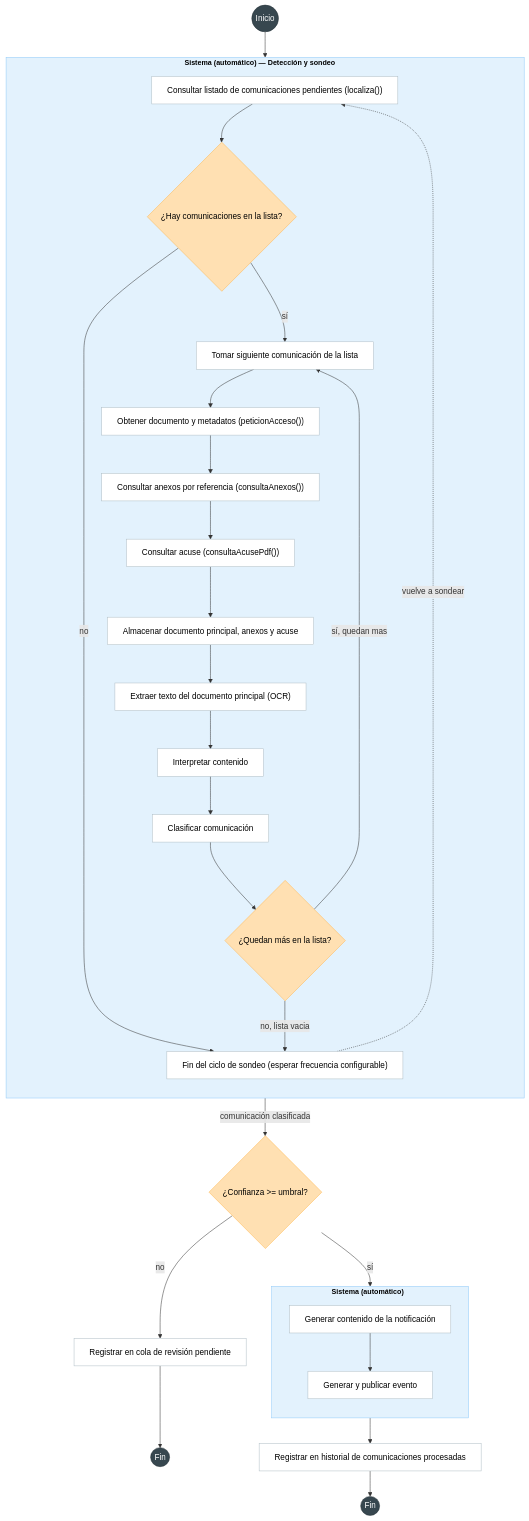
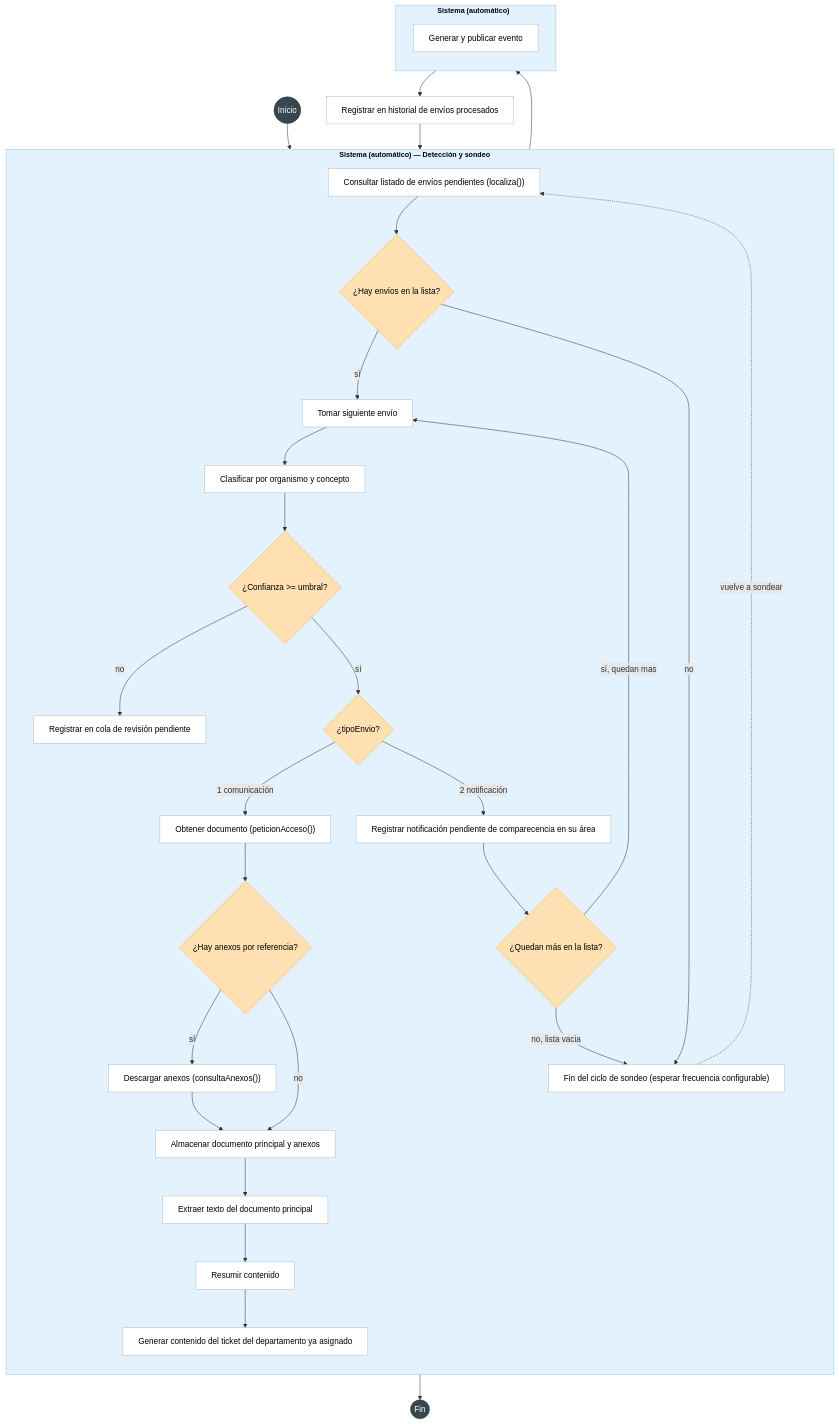
The first of 6 diagrams in Diagramas/Diagramas_de_flujo.md (XIN917/TFM), drawn with Mermaid before and after one commit. The commit also changed other lines of this file and 4 other files, not shown here.

````diff
--- a/Diagramas/Diagramas_de_flujo.md
+++ b/Diagramas/Diagramas_de_flujo.md
@@ -11,52 +11,60 @@
 ```mermaid
 %%{init: {"flowchart": {"wrappingWidth": 600}}}%%
 flowchart TD
     start(("Inicio")) --> a1
 
     subgraph SIS1["Sistema (automático) — Detección y sondeo"]
         direction TB
-        a1["Consultar listado de comunicaciones pendientes (localiza())"]
-        decHasItems{"¿Hay comunicaciones en la lista?"}
-        loopNext["Tomar siguiente comunicación de la lista"]
-        a2["Obtener documento y metadatos (peticionAcceso())"]
-        aAnexos["Consultar anexos por referencia (consultaAnexos())"]
-        aAcuse["Consultar acuse (consultaAcusePdf())"]
-        a3["Almacenar documento principal, anexos y acuse"]
-        a4["Extraer texto del documento principal (OCR)"]
-        a5["Interpretar contenido"]
-        a6["Clasificar comunicación"]
+        a1["Consultar listado de envíos pendientes (localiza())"]
+        decHasItems{"¿Hay envíos en la lista?"}
+        loopNext["Tomar siguiente envío"]
+        aClasif["Clasificar por organismo y concepto"]
+        decN{"¿Confianza >= umbral?"}
+        decTipo{"¿tipoEnvio?"}
+        a2["Obtener documento (peticionAcceso())"]
+        decAnexos{"¿Hay anexos por referencia?"}
+        aAnexos["Descargar anexos (consultaAnexos())"]
+        a3["Almacenar documento principal y anexos"]
+        a4["Extraer texto del documento principal"]
+        a5["Resumir contenido"]
+        aNotif["Registrar notificación pendiente de comparecencia en su área"]
         decLoop{"¿Quedan más en la lista?"}
         pollWait["Fin del ciclo de sondeo (esperar frecuencia configurable)"]
 
         a1 --> decHasItems
-        decHasItems -->|sí| loopNext --> a2 --> aAnexos --> aAcuse --> a3 --> a4 --> a5 --> a6 --> decLoop
+        decHasItems -->|sí| loopNext --> aClasif --> decN
+        decN -->|no| pendReview["Registrar en cola de revisión pendiente"]
+        decN -->|sí| decTipo
+        decTipo -->|1 comunicación| a2 --> decAnexos
+        decAnexos -->|sí| aAnexos --> a3
+        decAnexos -->|no| a3
+        a3 --> a4 --> a5 --> b1
+        decTipo -->|2 notificación| aNotif --> decLoop
         decHasItems -->|no| pollWait
         decLoop -->|sí, quedan mas| loopNext
         decLoop -->|no, lista vacia| pollWait
         pollWait -.->|vuelve a sondear| a1
     end
 
-    a6 -->|"comunicación clasificada"| dec1{"¿Confianza >= umbral?"}
-    dec1 -->|sí| b1
-    dec1 -->|no| pendReview["Registrar en cola de revisión pendiente"] --> stop2(("Fin"))
+    pendReview --> stop2(("Fin"))
 
     subgraph SIS2["Sistema (automático)"]
         direction TB
-        b1["Generar contenido de la notificación"]
+        b1["Generar contenido del ticket del departamento ya asignado"]
         b2["Generar y publicar evento"]
         b1 --> b2
     end
 
-    b2 --> procReg["Registrar en historial de comunicaciones procesadas"] --> stop1(("Fin"))
+    b2 --> procReg["Registrar en historial de envíos procesados"] --> decLoop
 
     style SIS1 fill:#E3F2FD,stroke:#90CAF9,color:#000000,font-weight:bold,font-size:14px
     style SIS2 fill:#E3F2FD,stroke:#90CAF9,color:#000000,font-weight:bold,font-size:14px
 
     classDef process fill:#FFFFFF,stroke:#B0BEC5,color:#000000;
     classDef decision fill:#FFE0B2,stroke:#FFB74D,color:#000000;
     classDef terminal fill:#37474F,stroke:#263238,color:#ffffff;
 
-    class a1,a2,aAnexos,aAcuse,a3,a4,a5,a6,loopNext,pollWait,b1,b2,pendReview,procReg process
-    class dec1,decHasItems,decLoop decision
-    class start,stop1,stop2 terminal
+    class a1,a2,aAnexos,a3,a4,a5,aClasif,aNotif,loopNext,pollWait,b1,b2,pendReview,procReg process
+    class decN,decHasItems,decTipo,decAnexos,decLoop decision
+    class start,stop2 terminal
 ```
````
